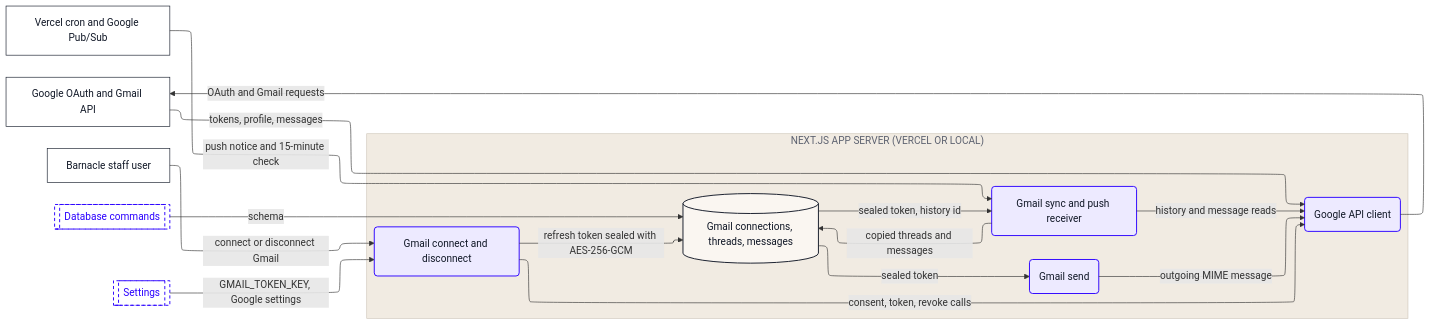
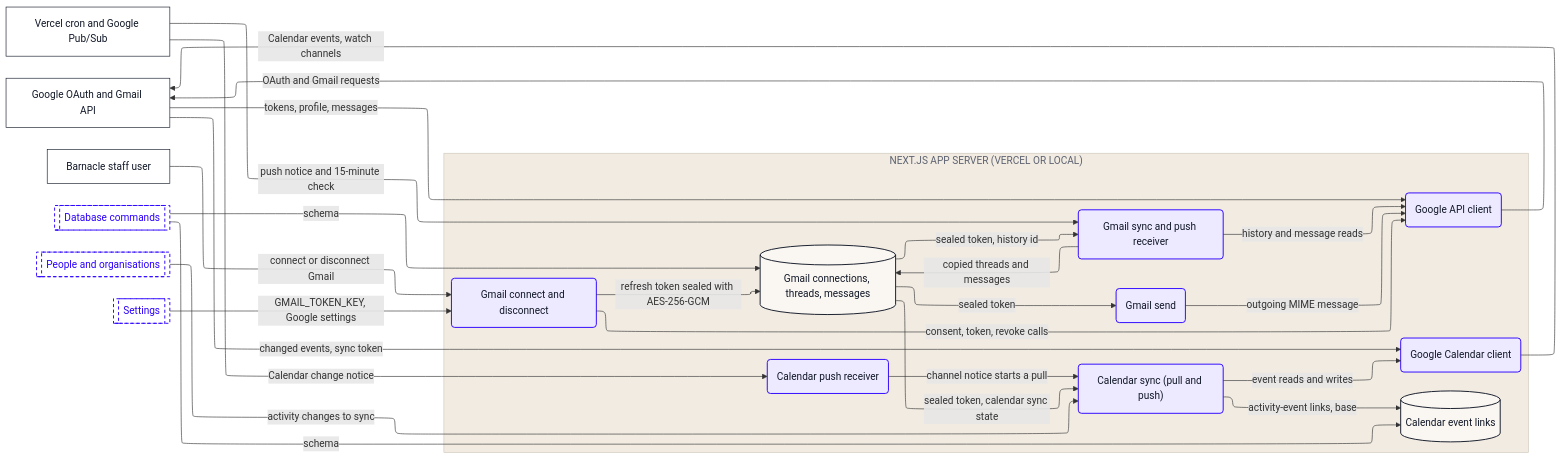
One commit to Romain-Perche/Barnacle-Pipe changed the ninth of 16 diagrams in dataflow/DATAFLOW.md. Above: the diagram before and after it, drawn with Mermaid. The commit also changed other lines of this file and 9 other files, not shown here.

````diff
--- a/dataflow/DATAFLOW.md
+++ b/dataflow/DATAFLOW.md
@@ -564,43 +565,57 @@
 ```mermaid
 ---
 config:
   layout: elk
 ---
 flowchart LR
     n1["Vercel cron and Google Pub/Sub"]
     n2["Google OAuth and Gmail API"]
     n3["Barnacle staff user"]
     subgraph z1["NEXT.JS APP SERVER (VERCEL OR LOCAL)"]
-        n4("Google API client")
-        n5("Gmail connect and disconnect")
-        n6("Gmail send")
-        n7("Gmail sync and push receiver")
-        n8[("Gmail connections, threads, messages")]
+        n4("Google Calendar client")
+        n5[("Calendar event links")]
+        n6("Calendar push receiver")
+        n7("Calendar sync (pull and push)")
+        n8("Google API client")
+        n9("Gmail connect and disconnect")
+        n10("Gmail send")
+        n11("Gmail sync and push receiver")
+        n12[("Gmail connections, threads, messages")]
     end
-    n9[["Database commands"]]
-    n10[["Settings"]]
-    n1 -->|"push notice and 15-minute check"| n7
-    n10 -->|"GMAIL_TOKEN_KEY, Google settings"| n5
-    n2 -->|"tokens, profile, messages"| n4
-    n4 -->|"OAuth and Gmail requests"| n2
-    n5 -->|"consent, token, revoke calls"| n4
-    n5 -->|"refresh token sealed with AES-256-GCM"| n8
-    n6 -->|"outgoing MIME message"| n4
-    n7 -->|"history and message reads"| n4
-    n7 -->|"copied threads and messages"| n8
-    n8 -->|"sealed token"| n6
-    n8 -->|"sealed token, history id"| n7
-    n9 -->|"schema"| n8
-    n3 -->|"connect or disconnect Gmail"| n5
+    n13[["Database commands"]]
+    n14[["People and organisations"]]
+    n15[["Settings"]]
+    n14 -->|"activity changes to sync"| n7
+    n4 -->|"Calendar events, watch channels"| n2
+    n6 -->|"channel notice starts a pull"| n7
+    n7 -->|"event reads and writes"| n4
+    n7 -->|"activity-event links, base"| n5
+    n1 -->|"Calendar change notice"| n6
+    n1 -->|"push notice and 15-minute check"| n11
+    n15 -->|"GMAIL_TOKEN_KEY, Google settings"| n9
+    n2 -->|"changed events, sync token"| n4
+    n2 -->|"tokens, profile, messages"| n8
+    n8 -->|"OAuth and Gmail requests"| n2
+    n9 -->|"consent, token, revoke calls"| n8
+    n9 -->|"refresh token sealed with AES-256-GCM"| n12
+    n10 -->|"outgoing MIME message"| n8
+    n11 -->|"history and message reads"| n8
+    n11 -->|"copied threads and messages"| n12
+    n12 -->|"sealed token, calendar sync state"| n7
+    n12 -->|"sealed token"| n10
+    n12 -->|"sealed token, history id"| n11
+    n13 -->|"schema"| n5
+    n13 -->|"schema"| n12
+    n3 -->|"connect or disconnect Gmail"| n9
     classDef actor fill:#FFFFFF,stroke:#111827,stroke-width:1px,color:#111827
     classDef process fill:#EDEAFF,stroke:#2B00FF,stroke-width:1.5px,color:#111827
     classDef store fill:#FAF6F1,stroke:#111827,stroke-width:1.5px,color:#111827
     classDef zone fill:#1A1A1A,stroke:#1A1A1A,color:#FFFFFF
     classDef group fill:#2B00FF,stroke:#2B00FF,color:#FFFFFF
     classDef stub fill:#FFFFFF,stroke:#2B00FF,stroke-width:1.5px,stroke-dasharray:5 4,color:#2B00FF
     class n1,n2,n3 actor
-    class n4,n5,n6,n7 process
-    class n8 store
-    class n9,n10 stub
+    class n4,n6,n7,n8,n9,n10,n11 process
+    class n5,n12 store
+    class n13,n14,n15 stub
     style z1 fill:#F1EBE2,stroke:#CFC7BB,color:#5D6270
 ```
````
